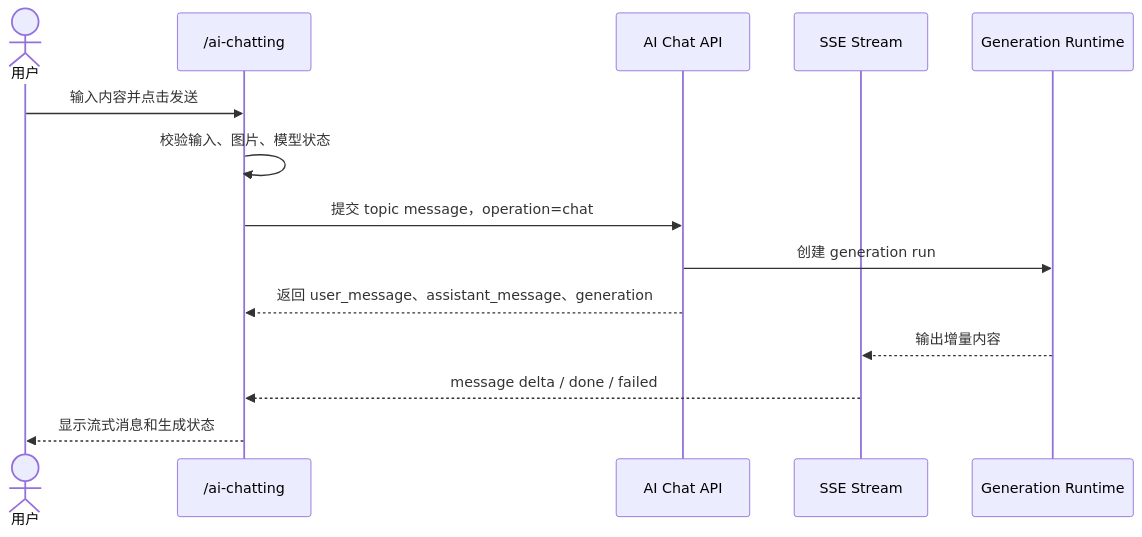
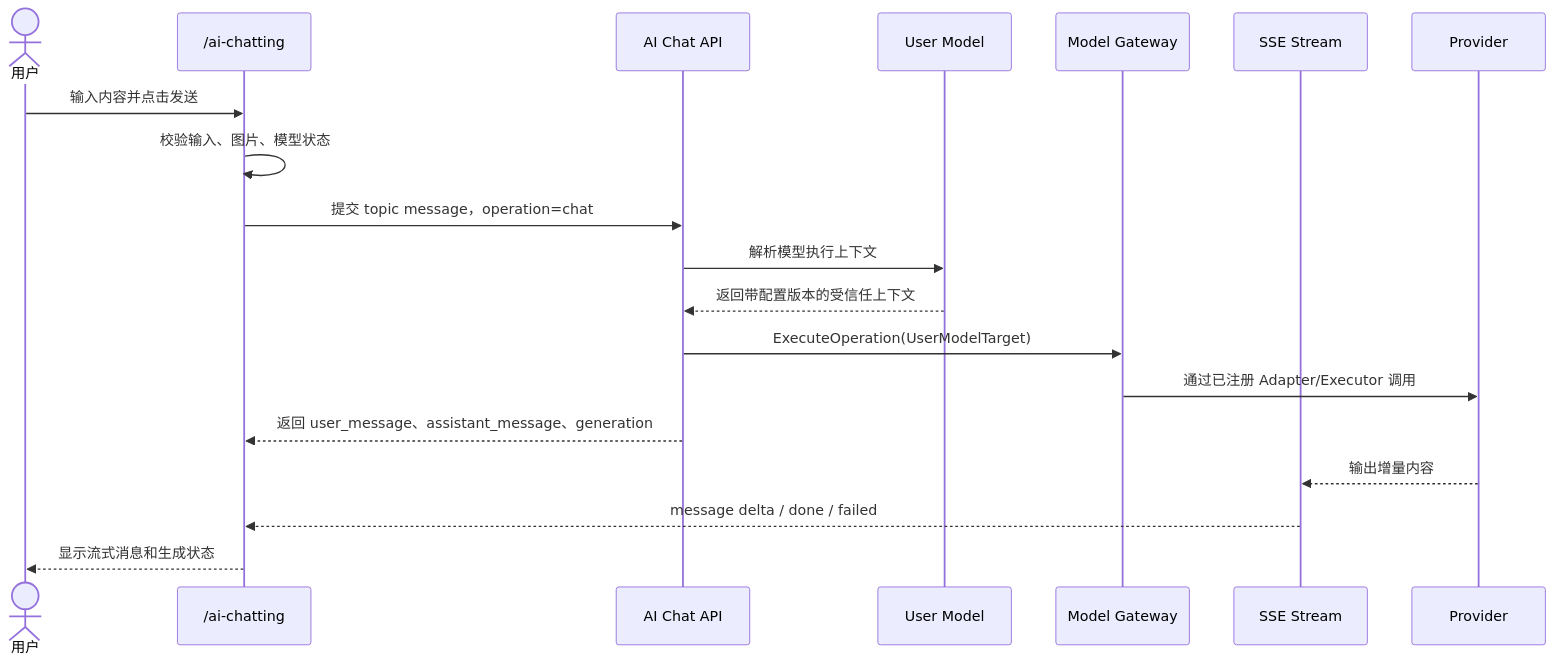
One commit to wangweihong/omnimam-spec changed the fourth of 11 diagrams in 00_product/domains/ai-chatting/product-spec.md. Above: the diagram before and after it, drawn with Mermaid. The commit also changed other lines of this file and 43 other files, not shown here.

Commit message:
spec: unify user model and model gateway

````diff
--- a/00_product/domains/ai-chatting/product-spec.md
+++ b/00_product/domains/ai-chatting/product-spec.md
@@ -341,17 +357,22 @@
 ```mermaid
 sequenceDiagram
   actor User as 用户
   participant UI as /ai-chatting
   participant API as AI Chat API
+  participant UM as User Model
+  participant MG as Model Gateway
   participant SSE as SSE Stream
-  participant LLM as Generation Runtime
+  participant LLM as Provider
 
   User->>UI: 输入内容并点击发送
   UI->>UI: 校验输入、图片、模型状态
   UI->>API: 提交 topic message，operation=chat
-  API->>LLM: 创建 generation run
+  API->>UM: 解析模型执行上下文
+  UM-->>API: 返回带配置版本的受信任上下文
+  API->>MG: ExecuteOperation(UserModelTarget)
+  MG->>LLM: 通过已注册 Adapter/Executor 调用
   API-->>UI: 返回 user_message、assistant_message、generation
   LLM-->>SSE: 输出增量内容
   SSE-->>UI: message delta / done / failed
   UI-->>User: 显示流式消息和生成状态
 ```
````
